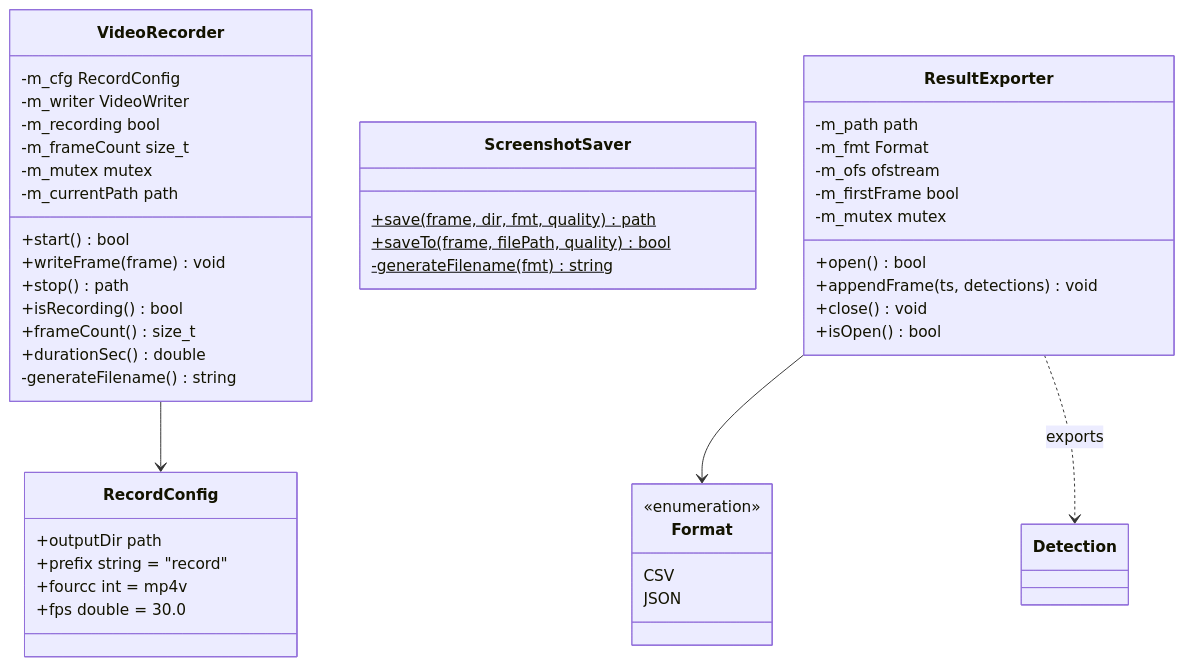
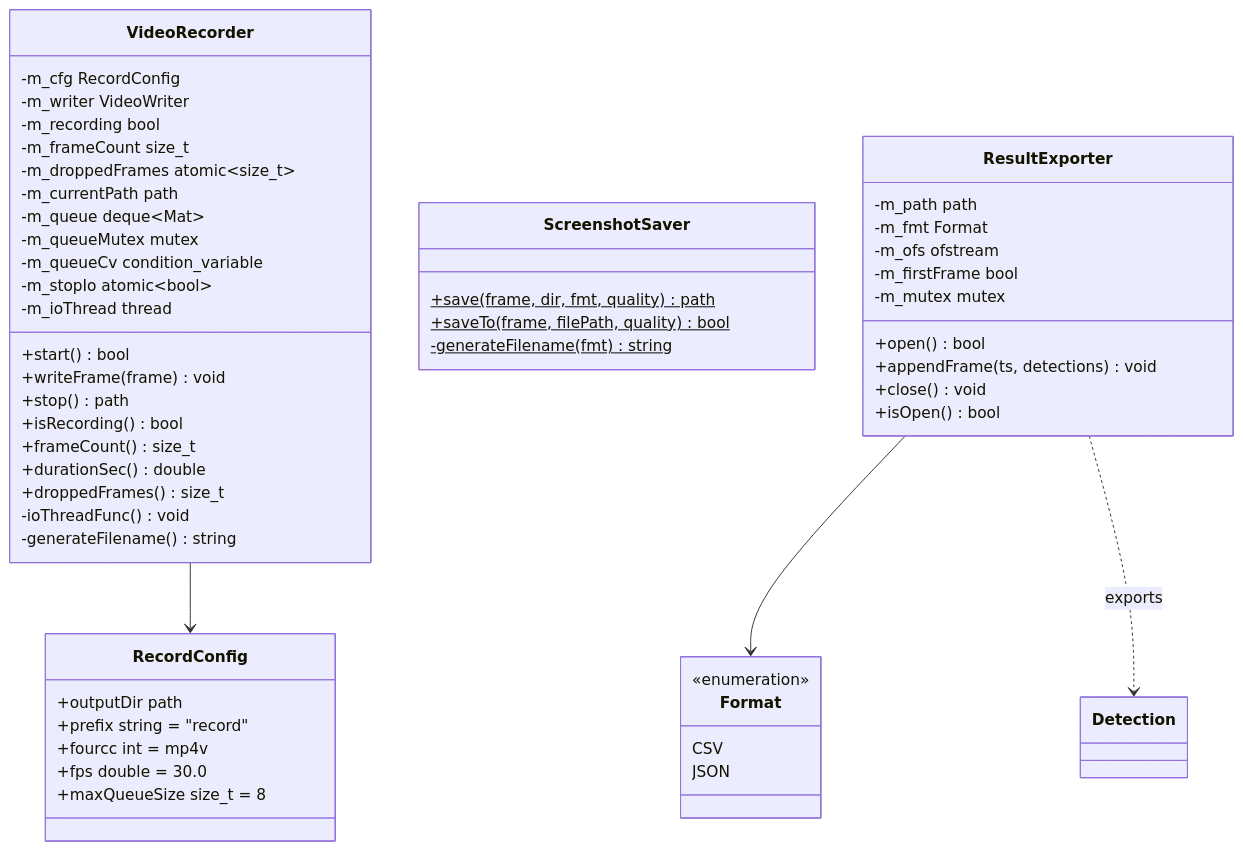
One commit to Verginius/Real-time-Video-Stream-Filtering-and-Detection-Tool-Based-on-OpenCV---Qt changed the first of 7 diagrams in docs/assets/flow-Export.md. Above: the diagram before and after it, drawn with Mermaid. The commit also changed other lines of this file and 57 other files, not shown here.

````diff
--- a/docs/assets/flow-Export.md
+++ b/docs/assets/flow-Export.md
@@ -5,53 +5,61 @@
 ```mermaid
 classDiagram
     class VideoRecorder {
         -m_cfg RecordConfig
         -m_writer VideoWriter
         -m_recording bool
         -m_frameCount size_t
-        -m_mutex mutex
+        -m_droppedFrames atomic~size_t~
         -m_currentPath path
+        -m_queue deque~Mat~
+        -m_queueMutex mutex
+        -m_queueCv condition_variable
+        -m_stopIo atomic~bool~
+        -m_ioThread thread
         +start() bool
         +writeFrame(frame) void
         +stop() path
         +isRecording() bool
         +frameCount() size_t
         +durationSec() double
+        +droppedFrames() size_t
+        -ioThreadFunc() void
         -generateFilename() string
     }
 
     class RecordConfig {
         +outputDir path
         +prefix string = "record"
         +fourcc int = mp4v
         +fps double = 30.0
+        +maxQueueSize size_t = 8
     }
 
     class ScreenshotSaver {
         +save(frame, dir, fmt, quality) path$
         +saveTo(frame, filePath, quality) bool$
         -generateFilename(fmt) string$
     }
 
     class ResultExporter {
         -m_path path
         -m_fmt Format
         -m_ofs ofstream
         -m_firstFrame bool
         -m_mutex mutex
         +open() bool
         +appendFrame(ts, detections) void
         +close() void
         +isOpen() bool
     }
 
     class Format {
         <<enumeration>>
         CSV
         JSON
     }
 
     VideoRecorder --> RecordConfig
     ResultExporter --> Format
     ResultExporter ..> Detection : exports
 ```
````
